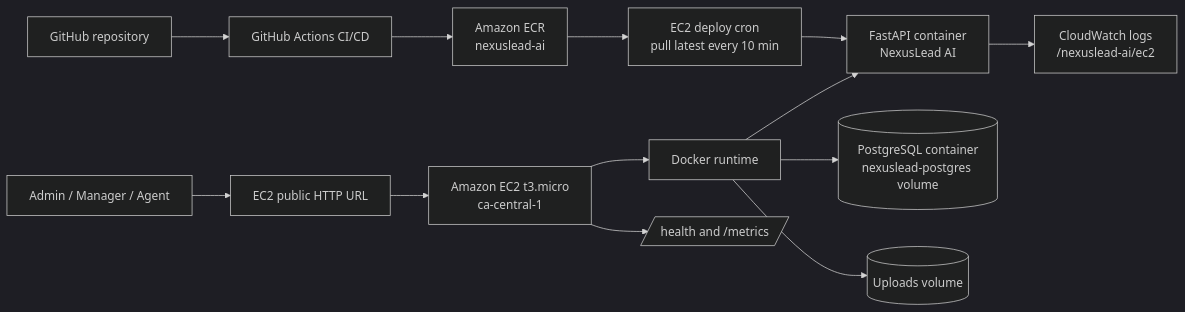
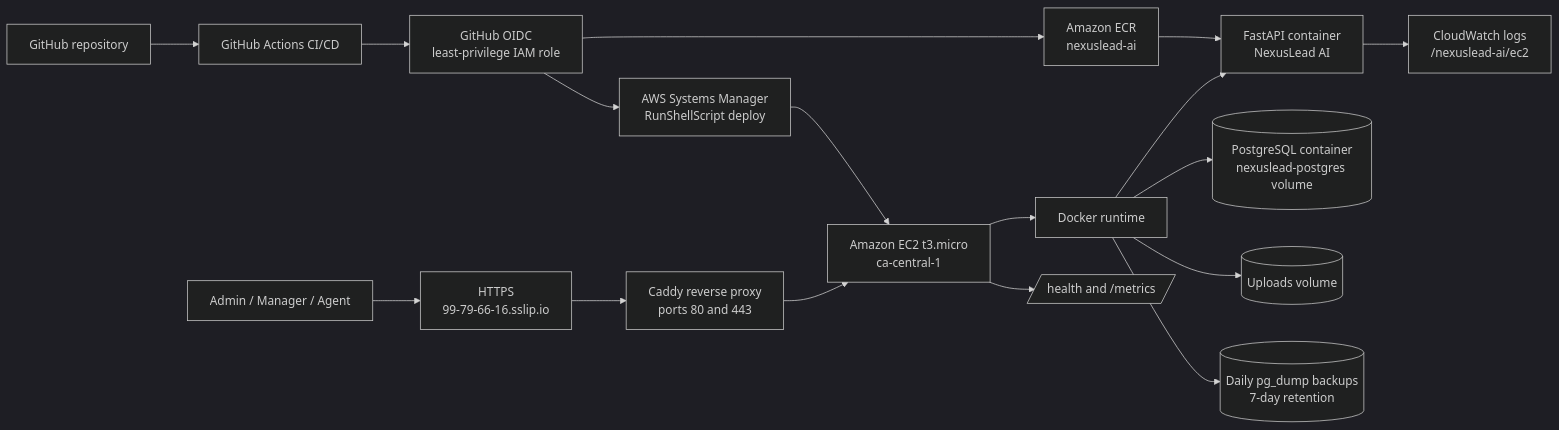
One commit to mehrabmkhan/nexuslead-ai changed the diagram in diagrams/aws-architecture.mmd. Above: the diagram before and after it, drawn with Mermaid (dark theme). The commit also changed 8 other files, not shown here.

```diff
--- a/diagrams/aws-architecture.mmd
+++ b/diagrams/aws-architecture.mmd
@@ -1,15 +1,19 @@
 flowchart LR
-    User[Admin / Manager / Agent] --> HTTP[EC2 public HTTP URL]
-    HTTP --> EC2[Amazon EC2 t3.micro<br/>ca-central-1]
+    User[Admin / Manager / Agent] --> HTTPS[HTTPS<br/>99-79-66-16.sslip.io]
+    HTTPS --> Caddy[Caddy reverse proxy<br/>ports 80 and 443]
+    Caddy --> EC2[Amazon EC2 t3.micro<br/>ca-central-1]
     EC2 --> Docker[Docker runtime]
     Docker --> App[FastAPI container<br/>NexusLead AI]
     Docker --> DB[(PostgreSQL container<br/>nexuslead-postgres volume)]
     Docker --> Uploads[(Uploads volume)]
+    Docker --> Backups[(Daily pg_dump backups<br/>7-day retention)]
     App --> Logs[CloudWatch logs<br/>/nexuslead-ai/ec2]
 
     GitHub[GitHub repository] --> Actions[GitHub Actions CI/CD]
-    Actions --> ECR[Amazon ECR<br/>nexuslead-ai]
-    ECR --> Puller[EC2 deploy cron<br/>pull latest every 10 min]
-    Puller --> App
+    Actions --> OIDC[GitHub OIDC<br/>least-privilege IAM role]
+    OIDC --> ECR[Amazon ECR<br/>nexuslead-ai]
+    OIDC --> SSM[AWS Systems Manager<br/>RunShellScript deploy]
+    SSM --> EC2
+    ECR --> App
 
     EC2 --> Health[/health and /metrics/]
```
